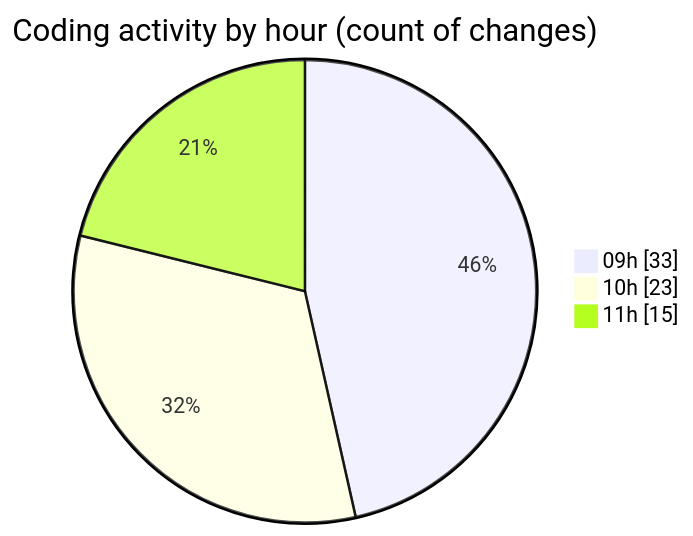
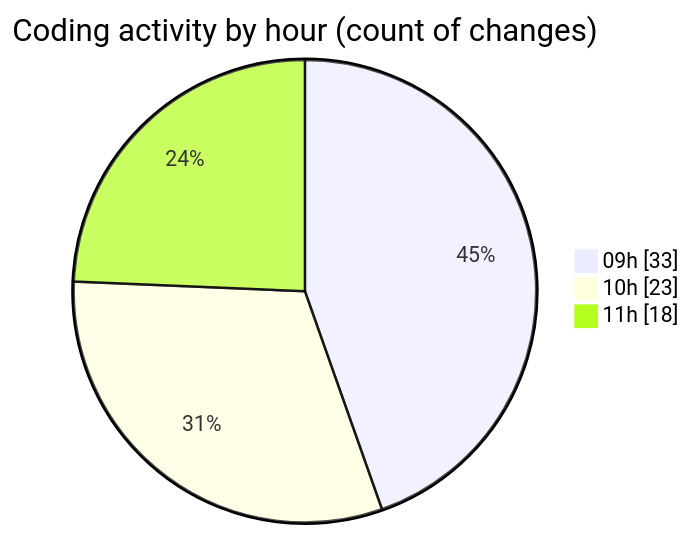
The second of 2 diagrams in 2025-05-20/ecodeli-1/README.md (CELIANVF/code-tracking), drawn with Mermaid before and after one commit. The commit also changed other lines of this file and 1 other file, not shown here.

````diff
--- a/2025-05-20/ecodeli-1/README.md
+++ b/2025-05-20/ecodeli-1/README.md
@@ -57,7 +57,7 @@
 ```mermaid
 pie showData
 title Coding activity by hour (count of changes)
 "09h" : 33
 "10h" : 23
-"11h" : 15
+"11h" : 18
 ```
````
